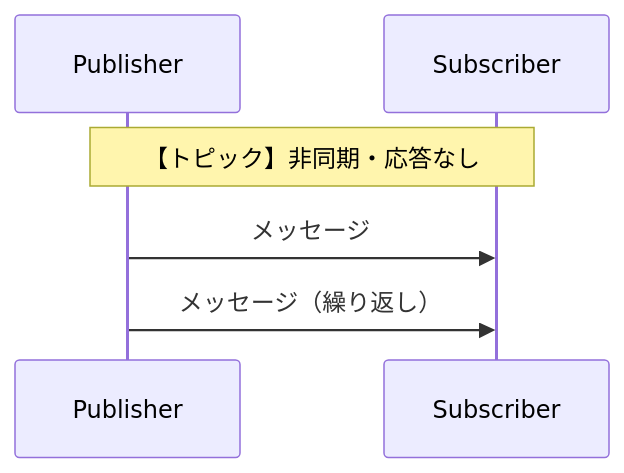
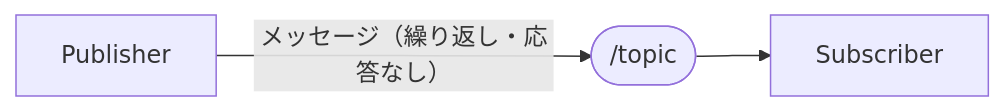
One commit to Harlequinade1123/ros1-tutorials changed the first of 2 diagrams in docs/05_service.md. Above: the diagram before and after it, drawn with Mermaid. The commit also changed other lines of this file and 1 other file, not shown here.

Commit message:
docs: reconstruct Mermaid diagrams in ch.5-6 for conceptual accuracy

````diff
--- a/docs/05_service.md
+++ b/docs/05_service.md
@@ -19,8 +19,5 @@
 ```mermaid
-sequenceDiagram
-    participant P as Publisher
-    participant S as Subscriber
-    Note over P,S: 【トピック】非同期・応答なし
-    P->>S: メッセージ
-    P->>S: メッセージ（繰り返し）
+graph LR
+    P["Publisher"] -->|"メッセージ（繰り返し・応答なし）"| topic(["/topic"])
+    topic --> S["Subscriber"]
 ```
````
